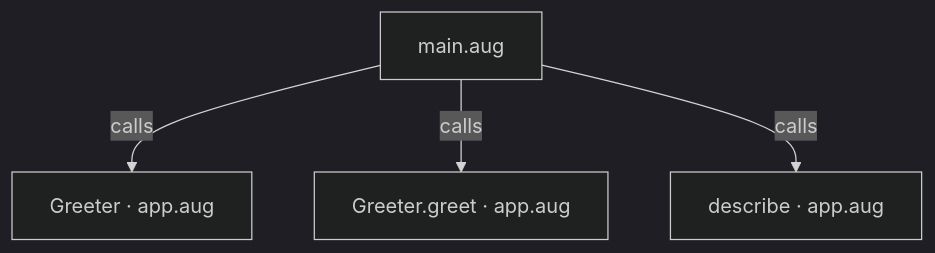
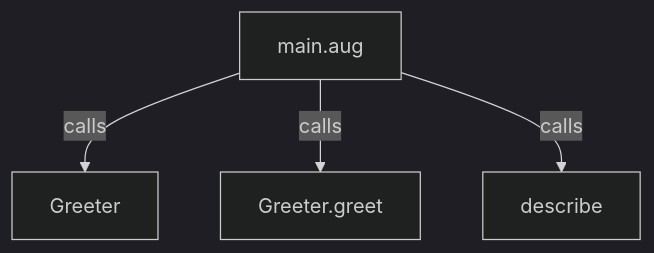
The second of 3 diagrams in docs/examples/interceptors/main-diagrams.md (GreenPandaStudios/augscript), drawn with Mermaid (dark theme) before and after one commit. The commit also changed other lines of this file and 524 other files, not shown here.

Commit message:
Explain checked data flow at folder and service levels

````diff
--- a/docs/examples/interceptors/main-diagrams.md
+++ b/docs/examples/interceptors/main-diagrams.md
@@ -30,10 +30,10 @@
 ```mermaid
 flowchart TD
-    n0["Greeter · app.aug"]
-    n1["Greeter.greet · app.aug"]
-    n2["describe · app.aug"]
+    n0["Greeter"]
+    n1["Greeter.greet"]
+    n2["describe"]
     n3["main.aug"]
     n3 -->|"calls"| n0
     n3 -->|"calls"| n1
     n3 -->|"calls"| n2
 ```
````
